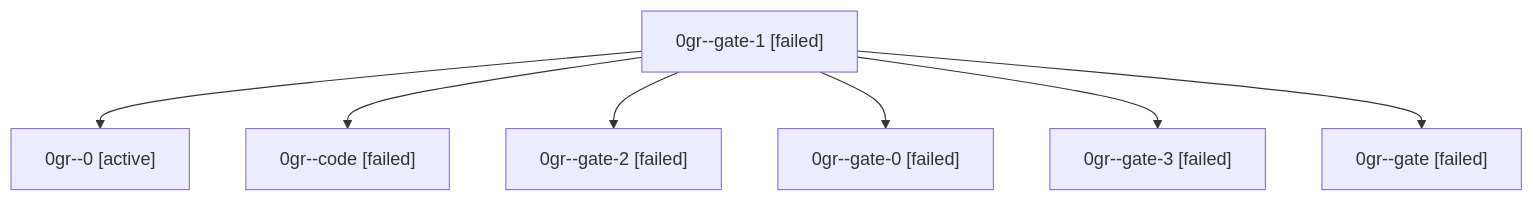
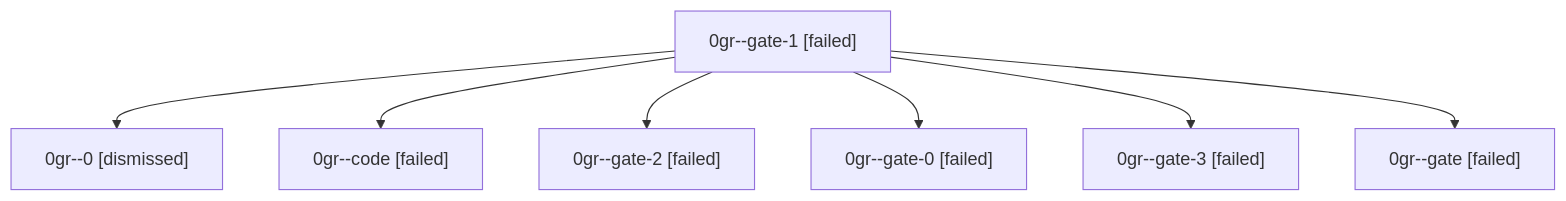
One commit to sase-org/sase--agents changed the diagram in sessions/bbugyi200.athena.0gr.md. Above: the diagram before and after it, drawn with Mermaid. The commit also changed other lines of this file and 28 other files, not shown here.

````diff
--- a/sessions/bbugyi200.athena.0gr.md
+++ b/sessions/bbugyi200.athena.0gr.md
@@ -9,16 +9,16 @@
 ```mermaid
 flowchart TD
   n0["0gr--gate-1 [failed]"]
-  n1["0gr--0 [active]"]
+  n1["0gr--0 [dismissed]"]
   n0 --> n1
   n2["0gr--code [failed]"]
   n0 --> n2
   n3["0gr--gate-2 [failed]"]
   n0 --> n3
   n4["0gr--gate-0 [failed]"]
   n0 --> n4
   n5["0gr--gate-3 [failed]"]
   n0 --> n5
   n6["0gr--gate [failed]"]
   n0 --> n6
 ```
````
